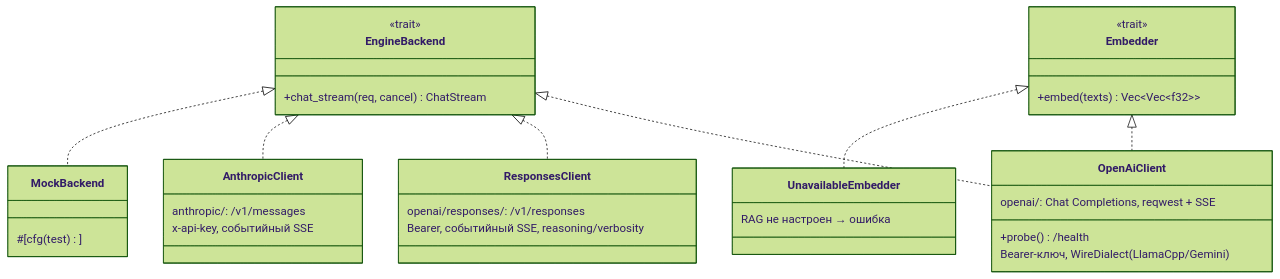
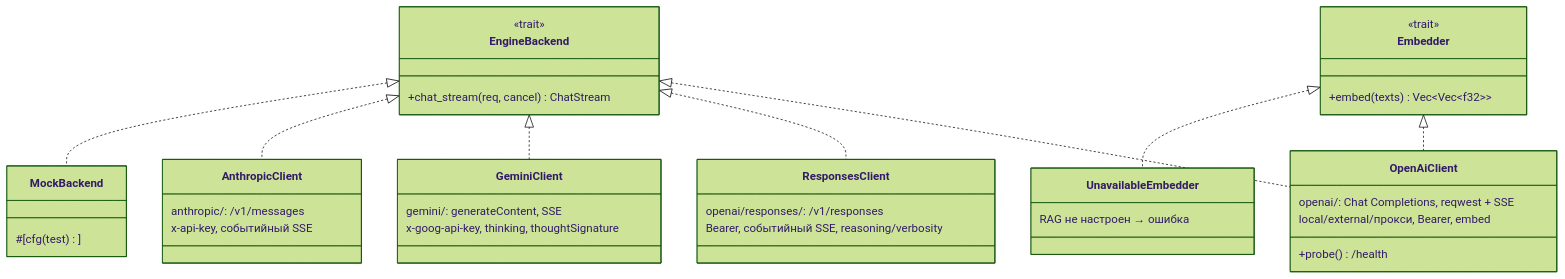
The sixth of 17 diagrams in docs/architecture.md (vshylov/mindfork-rs), drawn with Mermaid (forest theme) before and after one commit. The commit also changed other lines of this file and 1 other file, not shown here.

First line of the commit message:
docs: README + architecture — нативный Gemini (generateContent) в мульти-провайдере

````diff
--- a/docs/architecture.md
+++ b/docs/architecture.md
@@ -473,36 +493,41 @@
 ```mermaid
 classDiagram
     class EngineBackend {
         <<trait>>
         +chat_stream(req, cancel) ChatStream
     }
     class Embedder {
         <<trait>>
         +embed(texts) Vec~Vec~f32~~
     }
     class OpenAiClient {
         openai/: Chat Completions, reqwest + SSE
         +probe() /health
-        Bearer-ключ, WireDialect (LlamaCpp/Gemini)
+        local/external/прокси, Bearer, embed
     }
     class ResponsesClient {
         openai/responses/: /v1/responses
         Bearer, событийный SSE, reasoning/verbosity
+    }
+    class GeminiClient {
+        gemini/: generateContent, SSE
+        x-goog-api-key, thinking, thoughtSignature
     }
     class AnthropicClient {
         anthropic/: /v1/messages
         x-api-key, событийный SSE
     }
     class UnavailableEmbedder {
         RAG не настроен → ошибка
     }
     class MockBackend {
         #[cfg(test)]
     }
     EngineBackend <|.. OpenAiClient
     EngineBackend <|.. ResponsesClient
+    EngineBackend <|.. GeminiClient
     EngineBackend <|.. AnthropicClient
     EngineBackend <|.. MockBackend
     Embedder <|.. OpenAiClient
     Embedder <|.. UnavailableEmbedder
 ```
````
